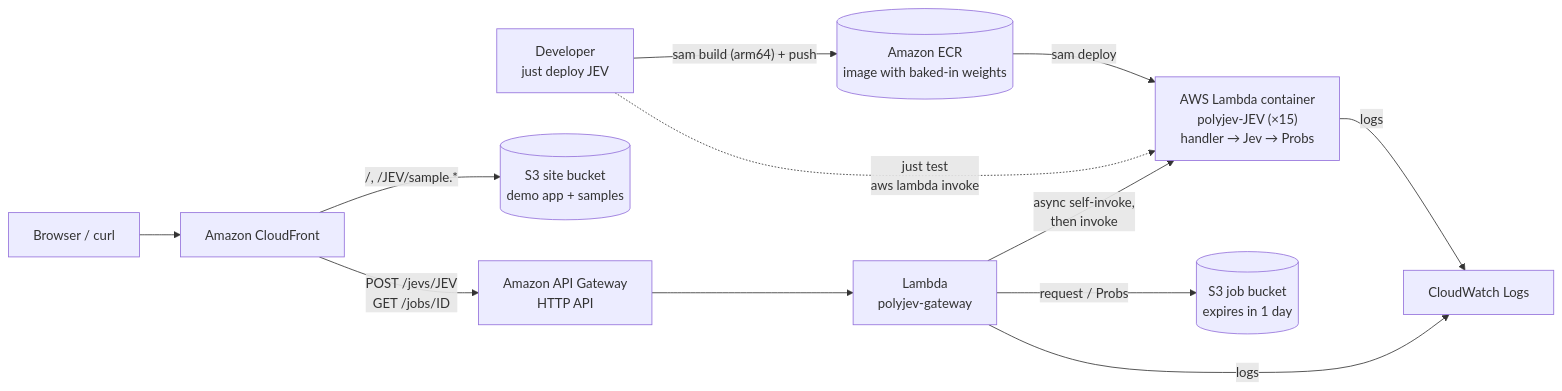
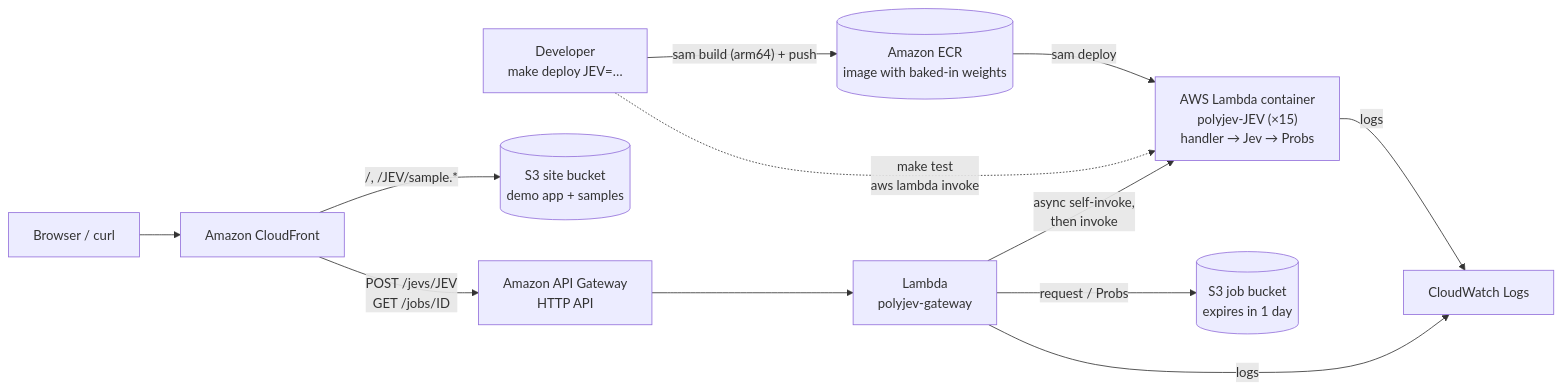
Before and after one commit to JGalego/PolyJev: the diagram in README.md, drawn with Mermaid. The commit also changed other lines of this file, not shown here.

First line of the commit message:
README: make-only Getting Started, separate Just commands section, aws login

````diff
--- a/README.md
+++ b/README.md
@@ -79,14 +89,14 @@
 ```mermaid
 flowchart LR
-    dev["Developer<br/>just deploy JEV"] -- "sam build (arm64) + push" --> ecr[("Amazon ECR<br/>image with baked-in weights")]
+    dev["Developer<br/>make deploy JEV=…"] -- "sam build (arm64) + push" --> ecr[("Amazon ECR<br/>image with baked-in weights")]
     ecr -- "sam deploy" --> fn["AWS Lambda container<br/>polyjev-JEV (×15)<br/>handler → Jev → Probs"]
-    dev -. "just test<br/>aws lambda invoke" .-> fn
+    dev -. "make test<br/>aws lambda invoke" .-> fn
     user["Browser / curl"] --> cdn["Amazon CloudFront"]
     cdn -- "/, /JEV/sample.*" --> site[("S3 site bucket<br/>demo app + samples")]
     cdn -- "POST /jevs/JEV<br/>GET /jobs/ID" --> api["Amazon API Gateway<br/>HTTP API"]
     api --> router["Lambda<br/>polyjev-gateway"]
     router -- "request / Probs" --> s3[("S3 job bucket<br/>expires in 1 day")]
     router -- "async self-invoke,<br/>then invoke" --> fn
     fn -- "logs" --> cw["CloudWatch Logs"]
     router -- "logs" --> cw
 ```
````
